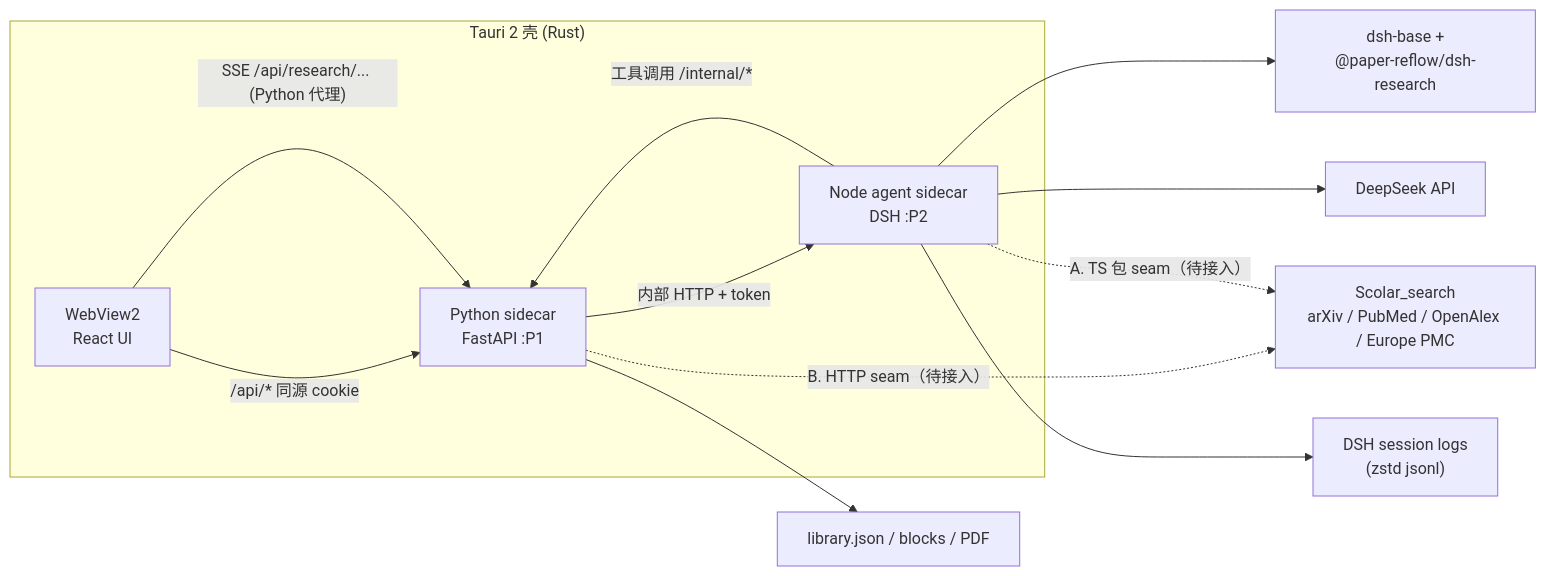
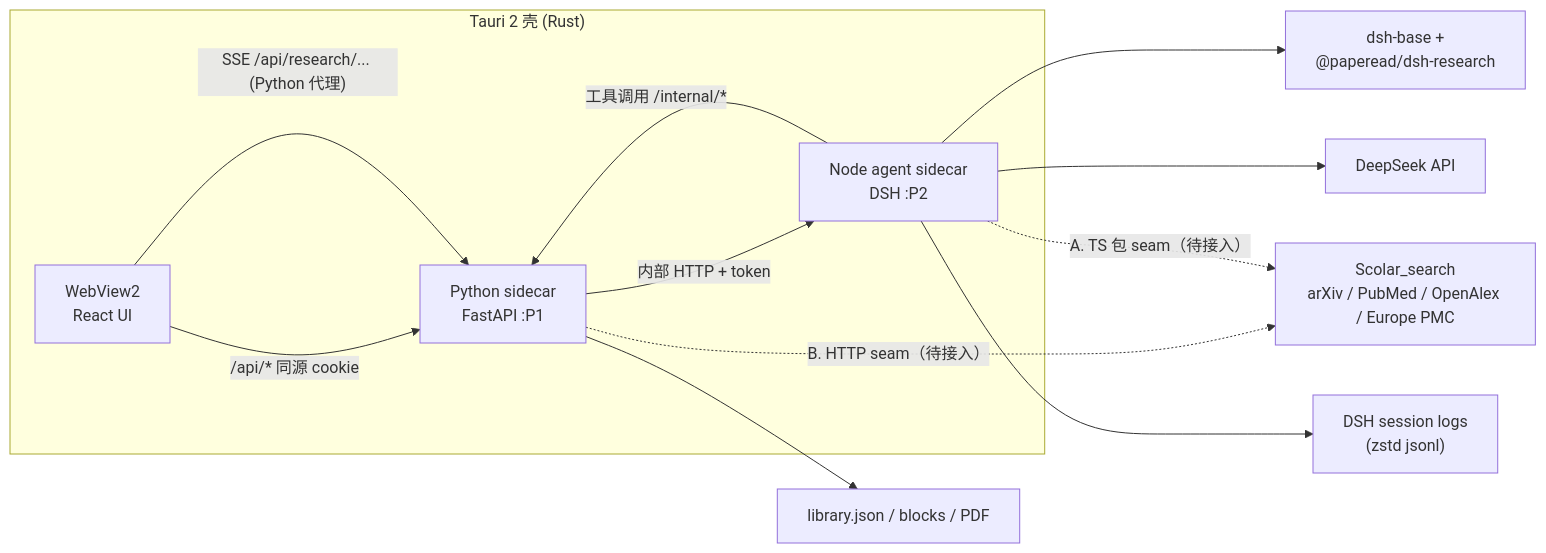
Before and after one commit to xiaohui-plus/Paperead: the first of 2 diagrams in docs/superpowers/specs/2026-11-08-research-agent-design.md, drawn with Mermaid. The commit also changed other lines of this file and 117 other files, not shown here.

````diff
--- a/docs/superpowers/specs/2026-11-08-research-agent-design.md
+++ b/docs/superpowers/specs/2026-11-08-research-agent-design.md
@@ -136,19 +137,19 @@
 ```mermaid
 flowchart LR
   subgraph Tauri["Tauri 2 壳 (Rust)"]
     W["WebView2<br/>React UI"]
     S1["Python sidecar<br/>FastAPI :P1"]
     S2["Node agent sidecar<br/>DSH :P2"]
   end
   W -->|"/api/* 同源 cookie"| S1
   W -->|"SSE /api/research/... (Python 代理)"| S1
   S1 -->|"内部 HTTP + token"| S2
   S2 -->|"工具调用 /internal/*"| S1
-  S2 --> DSH["dsh-base +<br/>@paper-reflow/dsh-research"]
+  S2 --> DSH["dsh-base +<br/>@paperead/dsh-research"]
   S2 --> LLM["DeepSeek API"]
   S1 --> LIB["library.json / blocks / PDF"]
   SS["Scolar_search<br/>arXiv / PubMed / OpenAlex / Europe PMC"]
   S1 -.->|"B. HTTP seam（待接入）"| SS
   S2 -.->|"A. TS 包 seam（待接入）"| SS
   S2 --> LOG["DSH session logs<br/>(zstd jsonl)"]
 ```
````
